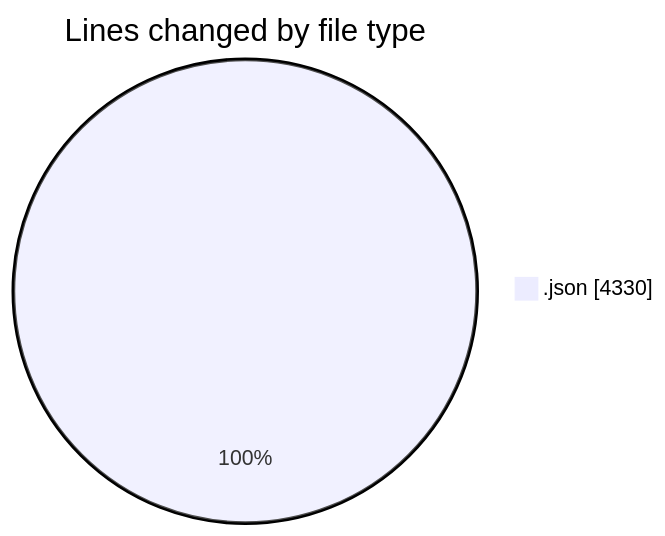
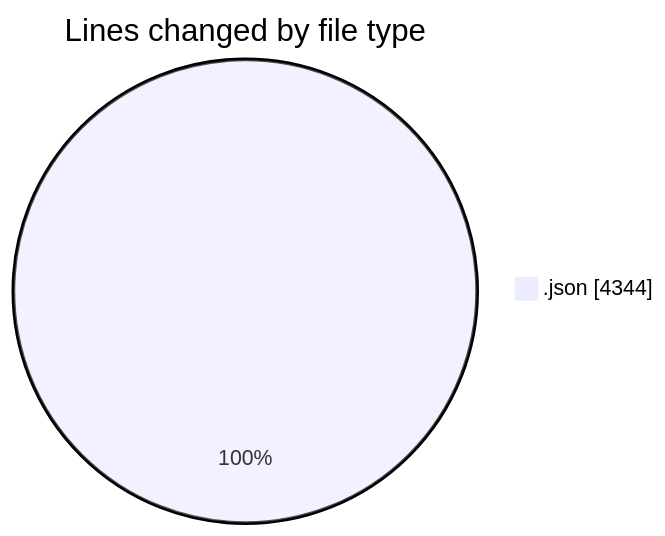
One commit to EIIisD/code-tracking changed the first of 2 diagrams in 2025-08-17/fresh_start/README.md. Above: the diagram before and after it, drawn with Mermaid. The commit also changed other lines of this file and 1 other file, not shown here.

````diff
--- a/2025-08-17/fresh_start/README.md
+++ b/2025-08-17/fresh_start/README.md
@@ -20,5 +20,5 @@
 ```mermaid
 pie showData
 title Lines changed by file type
-".json" : 4330
+".json" : 4344
 ```
````
